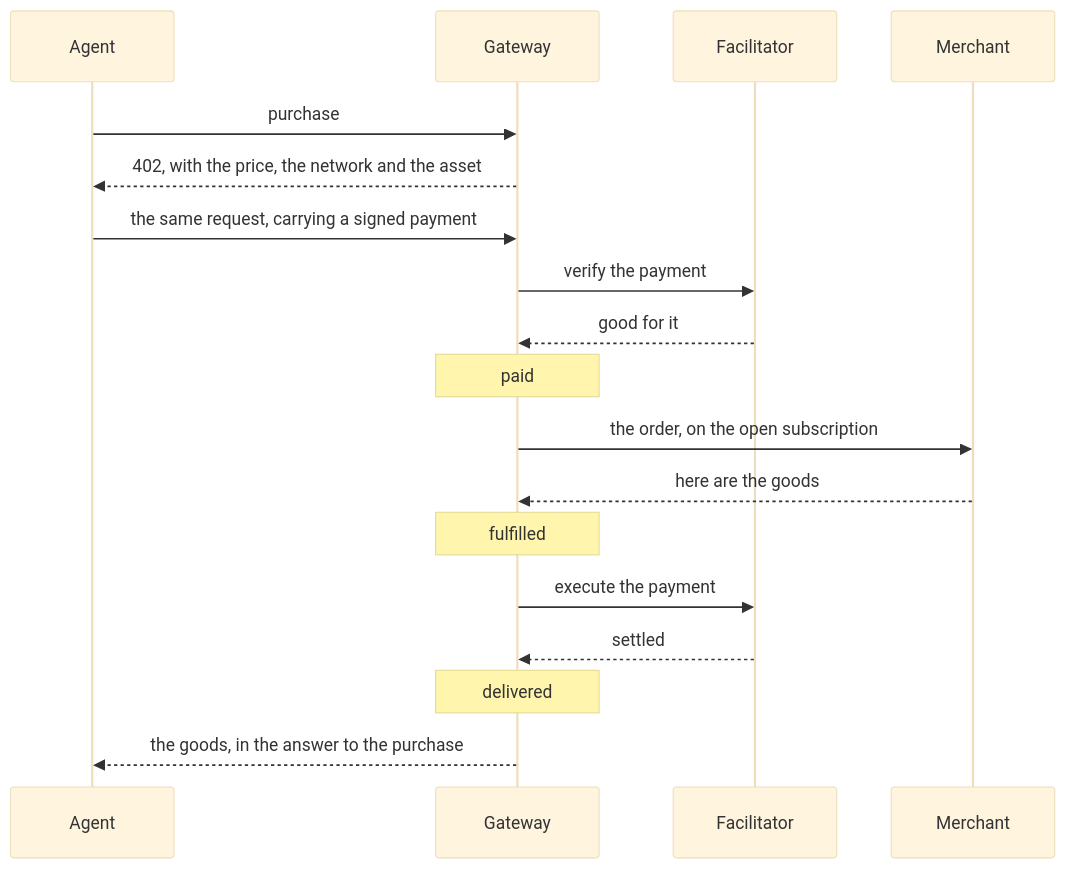
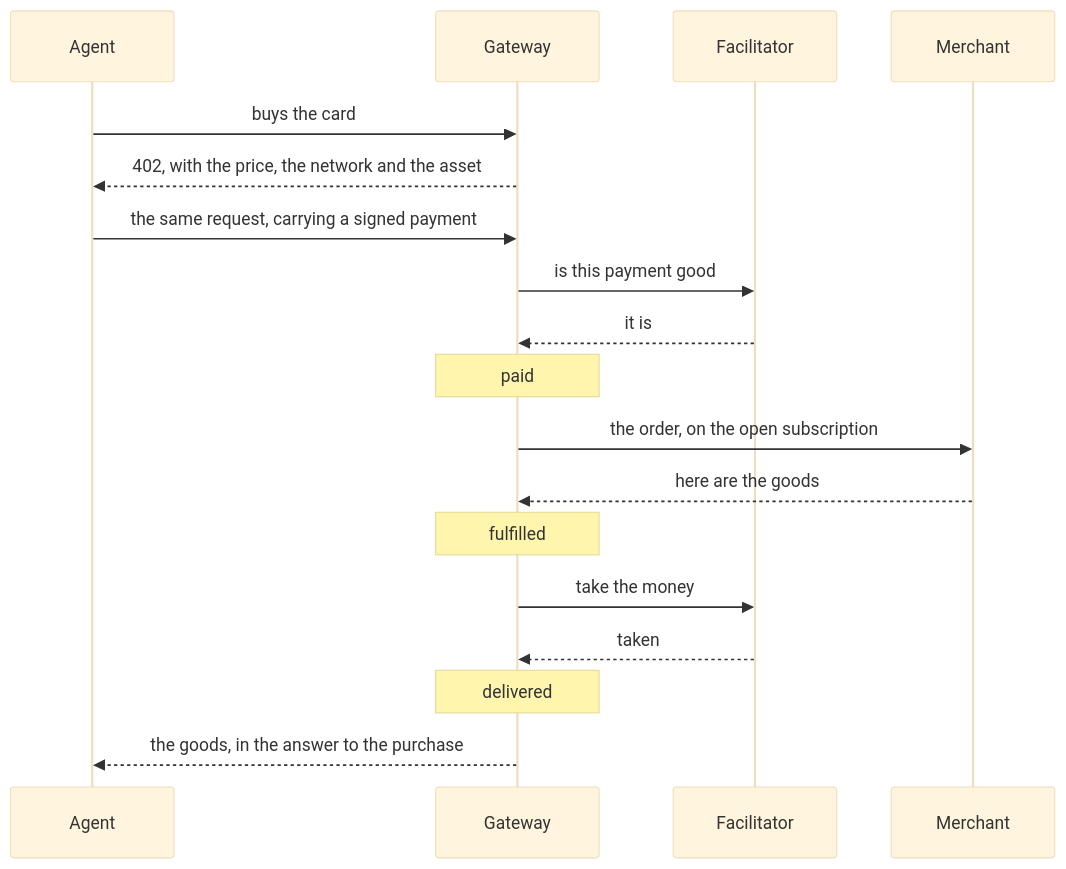
The first of 3 diagrams in README.md (aftercard/agentify), drawn with Mermaid (base theme) before and after one commit. The commit also changed other lines of this file and 1 other file, not shown here.

````diff
--- a/README.md
+++ b/README.md
@@ -77,20 +77,20 @@
 ```mermaid
 sequenceDiagram
     participant A as Agent
     participant G as Gateway
     participant F as Facilitator
     participant H as Merchant
-    A->>G: purchase
+    A->>G: buys the card
     G-->>A: 402, with the price, the network and the asset
     A->>G: the same request, carrying a signed payment
-    G->>F: verify the payment
-    F-->>G: good for it
+    G->>F: is this payment good
+    F-->>G: it is
     Note over G: paid
     G->>H: the order, on the open subscription
     H-->>G: here are the goods
     Note over G: fulfilled
-    G->>F: execute the payment
-    F-->>G: settled
+    G->>F: take the money
+    F-->>G: taken
     Note over G: delivered
     G-->>A: the goods, in the answer to the purchase
 ```
````
